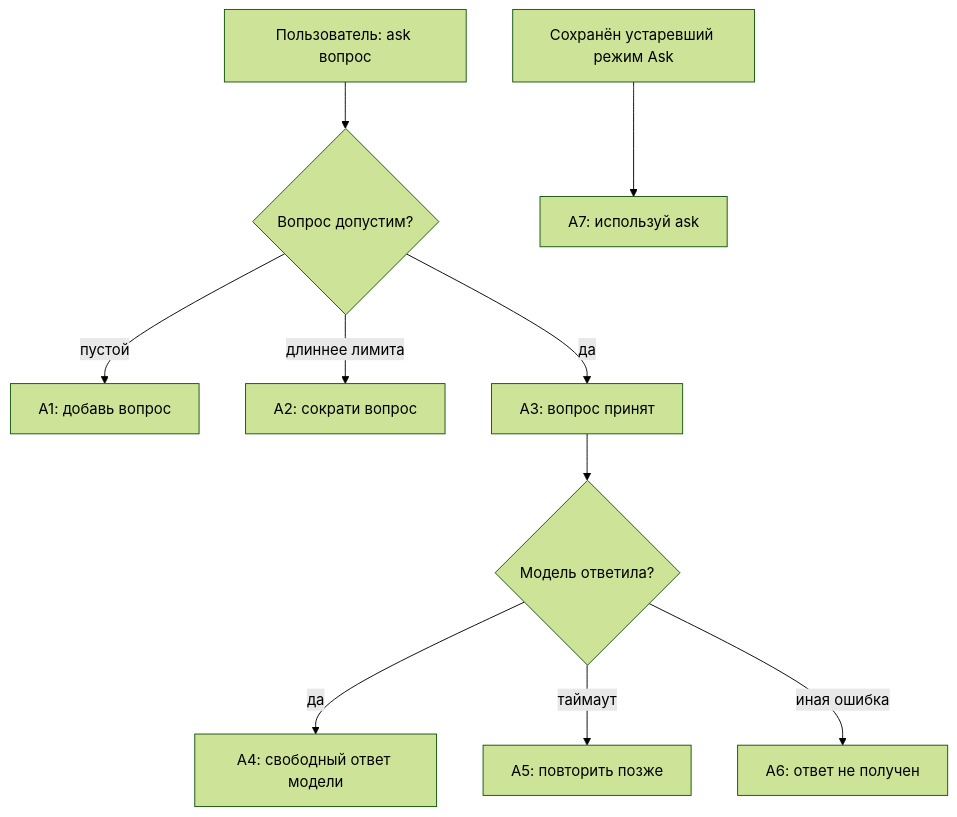
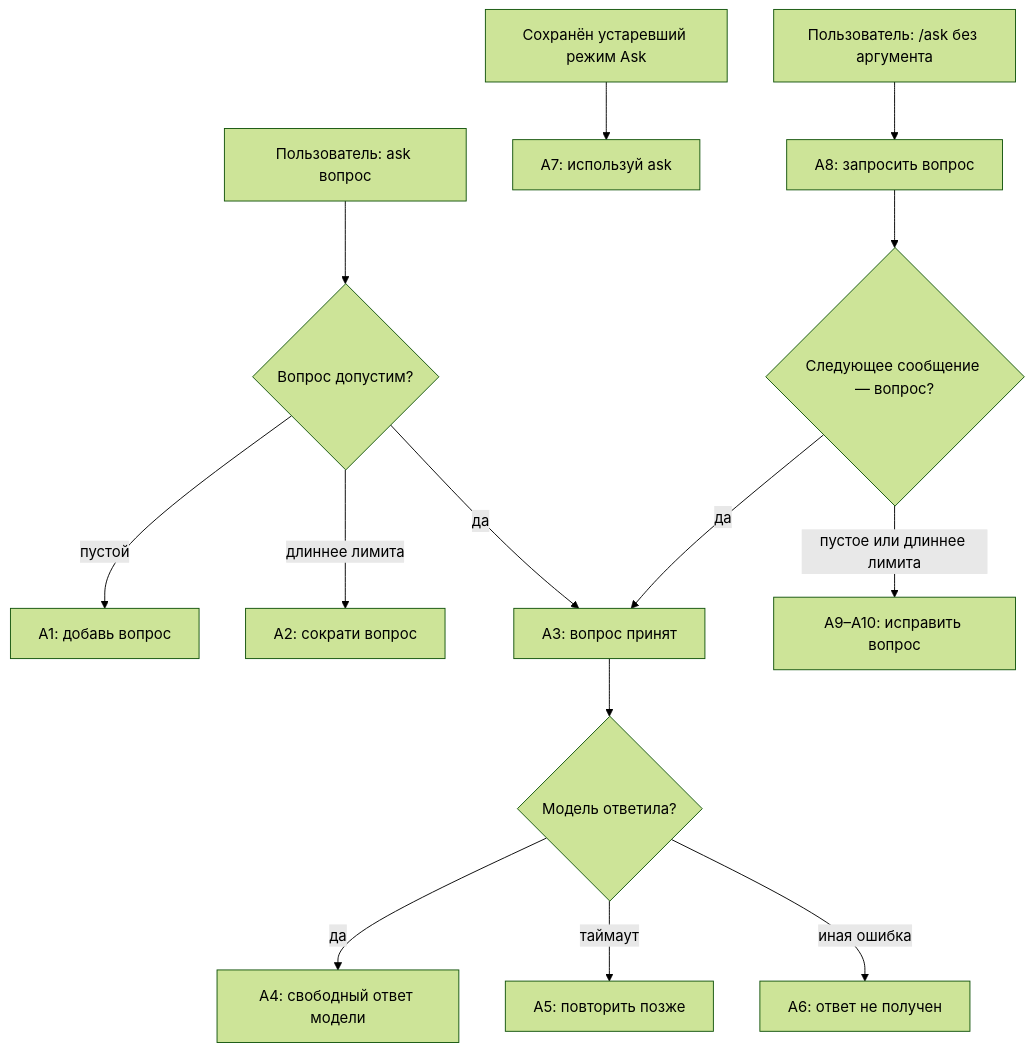
One commit to karateka-git/compadre-assistant changed the diagram in docs/contextual-help/ASK.md. Above: the diagram before and after it, drawn with Mermaid (forest theme). The commit also changed other lines of this file and 6 other files, not shown here.

````diff
--- a/docs/contextual-help/ASK.md
+++ b/docs/contextual-help/ASK.md
@@ -7,12 +7,16 @@
 ```mermaid
 flowchart TD
     A[Пользователь: ask вопрос] --> B{Вопрос допустим?}
     B -->|пустой| C[А1: добавь вопрос]
     B -->|длиннее лимита| D[А2: сократи вопрос]
     B -->|да| E[А3: вопрос принят]
     E --> F{Модель ответила?}
     F -->|да| G[А4: свободный ответ модели]
     F -->|таймаут| H[А5: повторить позже]
     F -->|иная ошибка| I[А6: ответ не получен]
     J[Сохранён устаревший режим Ask] --> K[А7: используй ask]
+    L[Пользователь: /ask без аргумента] --> M[А8: запросить вопрос]
+    M --> N{Следующее сообщение — вопрос?}
+    N -->|пустое или длиннее лимита| O[А9–А10: исправить вопрос]
+    N -->|да| E
 ```
````
